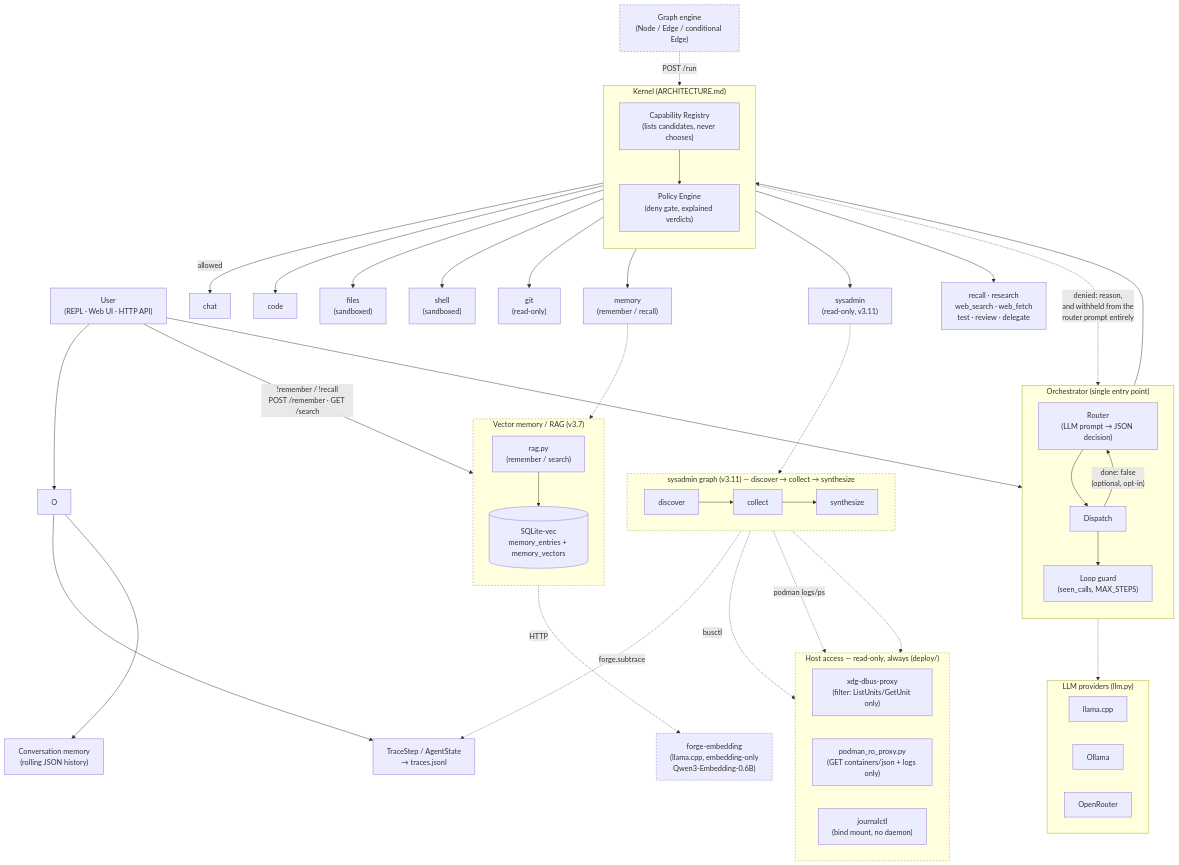
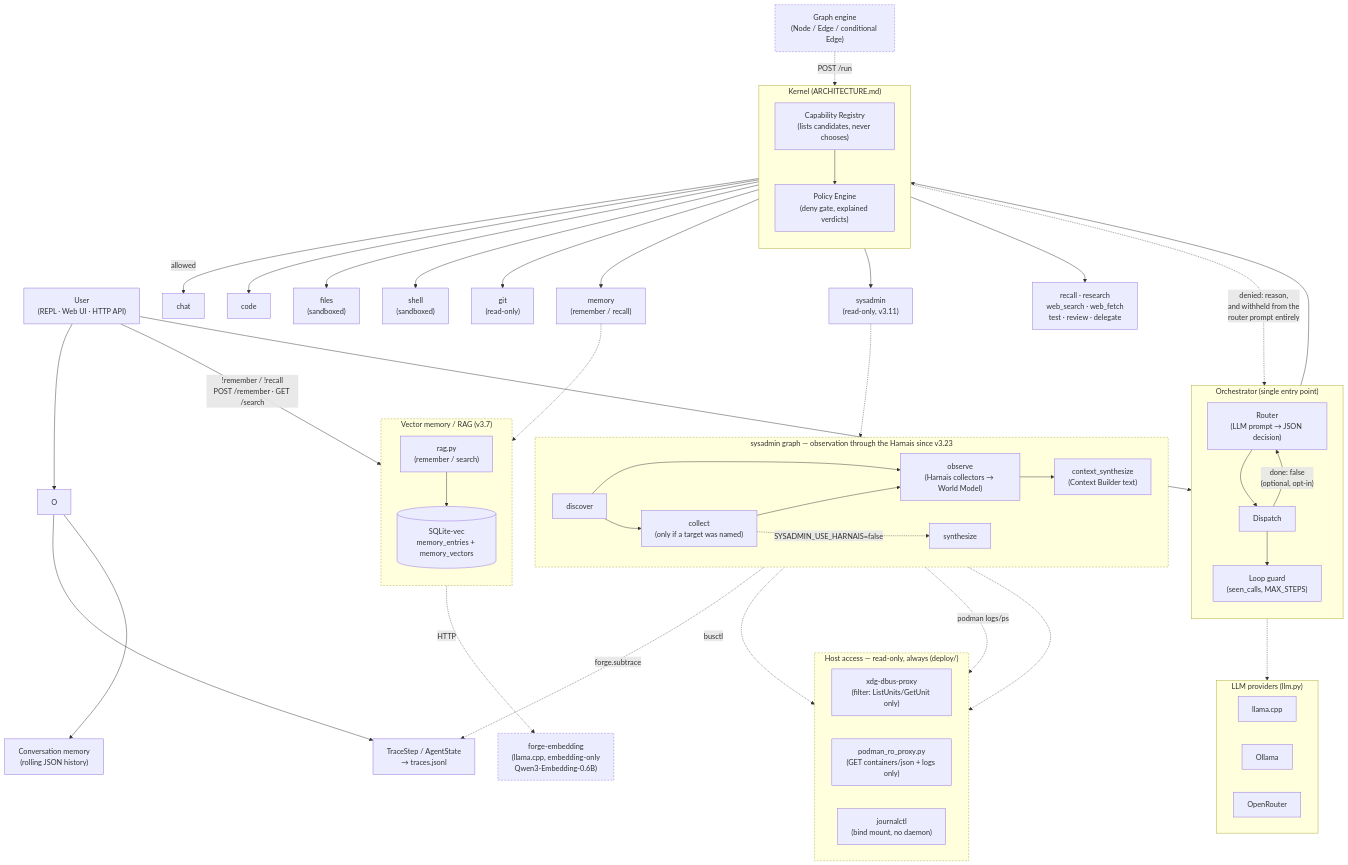
Before and after one commit to Kurtisone/forge: the diagram in docs/architecture.md, drawn with Mermaid. The commit also changed other lines of this file and 4 other files, not shown here.

```diff
--- a/docs/architecture.md
+++ b/docs/architecture.md
@@ -76,9 +76,13 @@
     style RAG stroke-dasharray: 4 3
     style EMB stroke-dasharray: 4 3
 
-    subgraph Sysadmin["sysadmin graph (v3.11) — discover → collect → synthesize"]
+    subgraph Sysadmin["sysadmin graph — observation through the Harnais since v3.23"]
         direction LR
-        SD[discover] --> SC[collect] --> SS[synthesize]
+        SD[discover] --> SC["collect<br/>(only if a target was named)"]
+        SD --> SO
+        SC --> SO["observe<br/>(Harnais collectors → World Model)"]
+        SO --> SS["context_synthesize<br/>(Context Builder text)"]
+        SC -.->|SYSADMIN_USE_HARNAIS=false| SY[synthesize]
     end
     T7 -.-> Sysadmin
     Sysadmin -.->|forge.subtrace| TR
```
